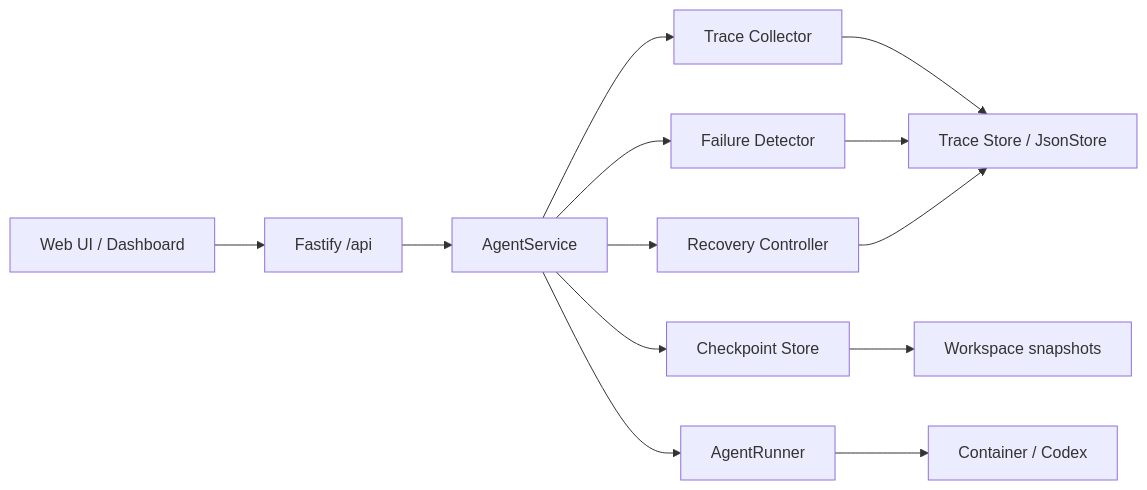
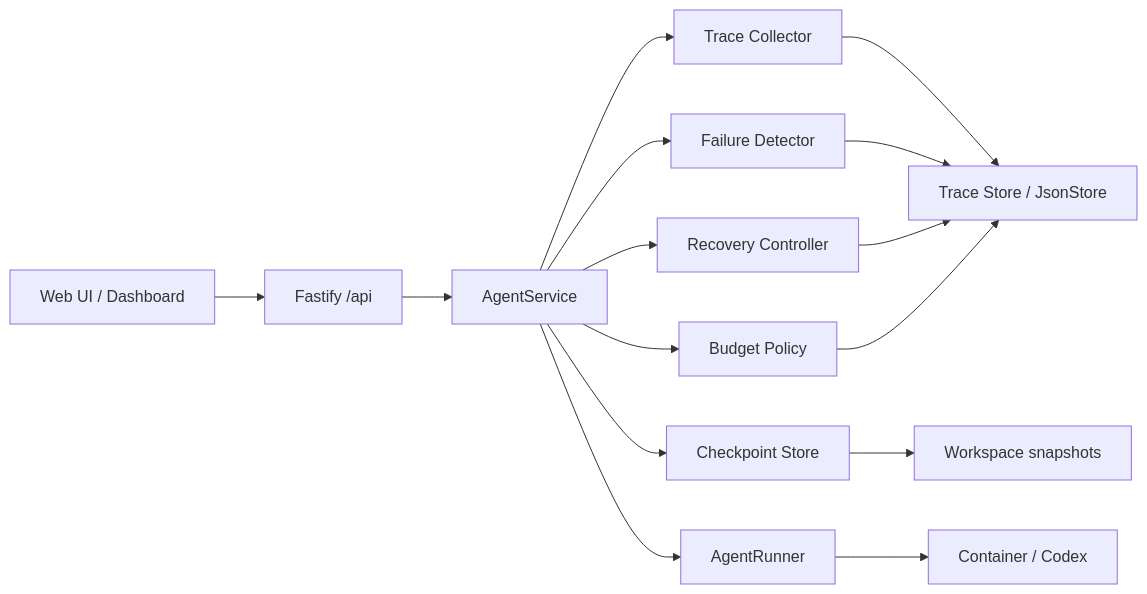
Before and after one commit to RyanOngWK/tt_techjam: the first of 3 diagrams in docs/AgentGuard TRD.md, drawn with Mermaid. The commit also changed other lines of this file and 30 other files, not shown here.

````diff
--- a/docs/AgentGuard TRD.md
+++ b/docs/AgentGuard TRD.md
@@ -9,15 +9,17 @@
 ```mermaid
 flowchart LR
   UI["Web UI / Dashboard"] --> API["Fastify /api"]
   API --> AS["AgentService"]
   AS --> TC["Trace Collector"]
   AS --> FD["Failure Detector"]
   AS --> RC["Recovery Controller"]
+  AS --> BP["Budget Policy"]
   AS --> CP["Checkpoint Store"]
   AS --> Runner["AgentRunner"]
   TC --> TS["Trace Store / JsonStore"]
   FD --> TS
   RC --> TS
+  BP --> TS
   CP --> Disk["Workspace snapshots"]
   Runner --> Runtime["Container / Codex"]
 ```
````
